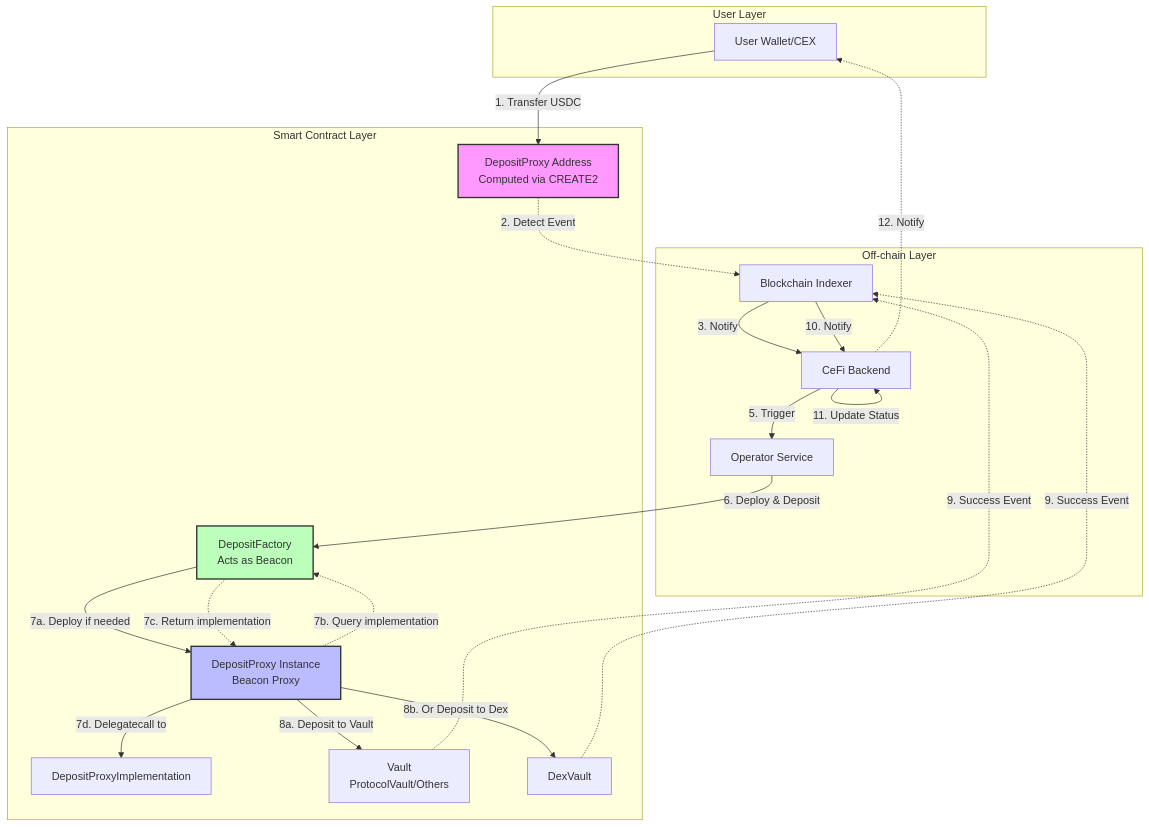
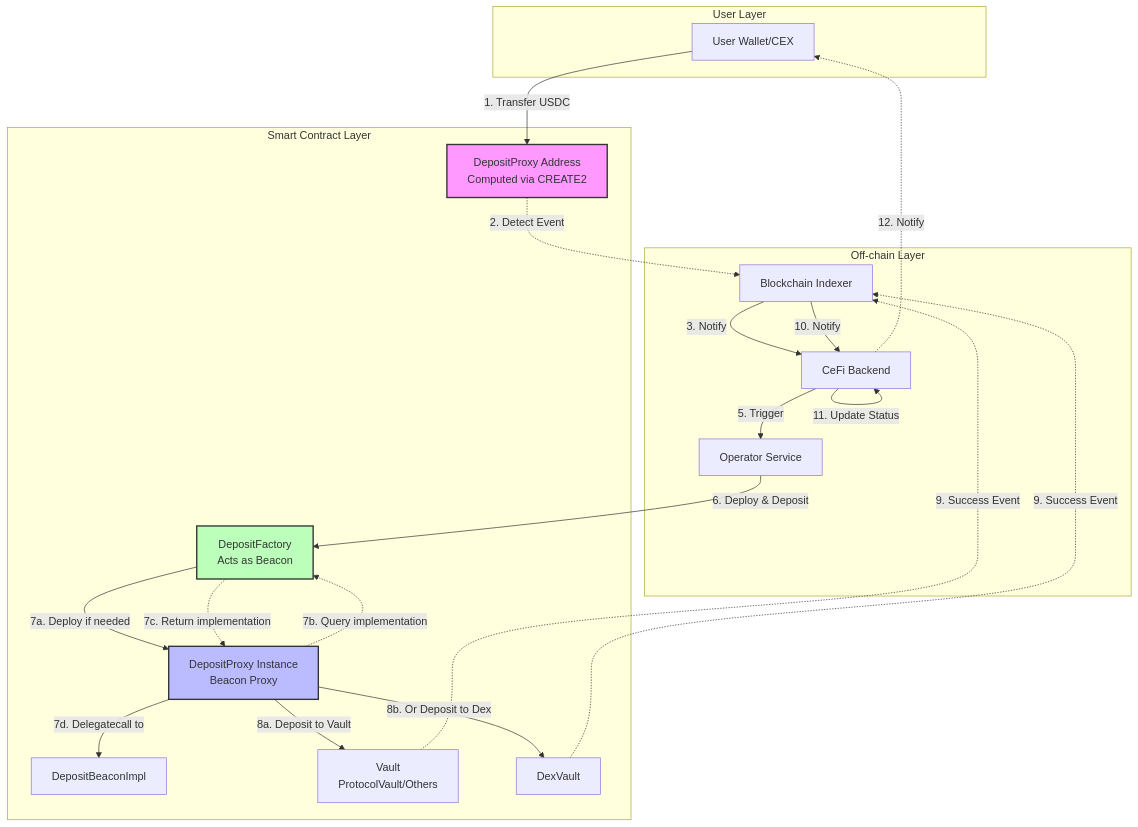
The first of 5 diagrams in TecDesign/deposit-via-address-transfer.md (OrderlyNetwork/Strategy-Vault), drawn with Mermaid before and after one commit. The commit also changed other lines of this file, not shown here.

````diff
--- a/TecDesign/deposit-via-address-transfer.md
+++ b/TecDesign/deposit-via-address-transfer.md
@@ -265,43 +77,43 @@
 ```mermaid
 graph TB
     subgraph "User Layer"
         A[User Wallet/CEX]
     end
     
     subgraph "Smart Contract Layer"
         B[DepositProxy Address<br/>Computed via CREATE2]
         C[DepositFactory<br/>Acts as Beacon]
-        D[DepositProxyImplementation]
+        D[DepositBeaconImpl]
         E[DepositProxy Instance<br/>Beacon Proxy]
         F[Vault<br/>ProtocolVault/Others]
         G[DexVault]
     end
     
     subgraph "Off-chain Layer"
         H[Blockchain Indexer]
         I[CeFi Backend]
         J[Operator Service]
     end
     
     A -->|1. Transfer USDC| B
     B -.->|2. Detect Event| H
     H -->|3. Notify| I
     I -->|4. Create Pending Record| I
     I -->|5. Trigger| J
     J -->|6. Deploy & Deposit| C
     C -->|7a. Deploy if needed| E
     E -.->|7b. Query implementation| C
     C -.->|7c. Return implementation| E
     E -->|7d. Delegatecall to| D
     E -->|8a. Deposit to Vault| F
     E -->|8b. Or Deposit to Dex| G
     F -.->|9. Success Event| H
     G -.->|9. Success Event| H
     H -->|10. Notify| I
     I -->|11. Update Status| I
     I -.->|12. Notify| A
     
     style B fill:#f9f,stroke:#333,stroke-width:2px
     style E fill:#bbf,stroke:#333,stroke-width:2px
     style C fill:#bfb,stroke:#333,stroke-width:2px
 ```
````
